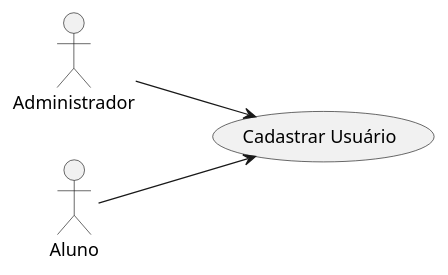
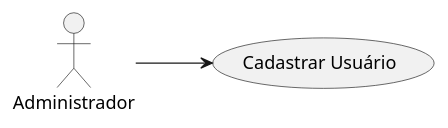
One commit to viniciusdias2902/modelagem_uml changed the diagram in casos_uso/caso_01_diagrama.puml. Above: the diagram before and after it, drawn with PlantUML. The commit also changed 117 other files, not shown here.

Commit message:
Atualização dos diagramas

```diff
--- a/casos_uso/caso_01_diagrama.puml
+++ b/casos_uso/caso_01_diagrama.puml
@@ -1,12 +1,11 @@
 @startuml
 left to right direction
 
 actor Administrador
-actor Aluno
 
-usecase "Cadastrar Usuário" as UC1
 
-Administrador --> UC1
-Aluno --> UC1
+usecase "Cadastrar Usuário" as UC01
+
+Administrador --> UC01
 
 @enduml
```
